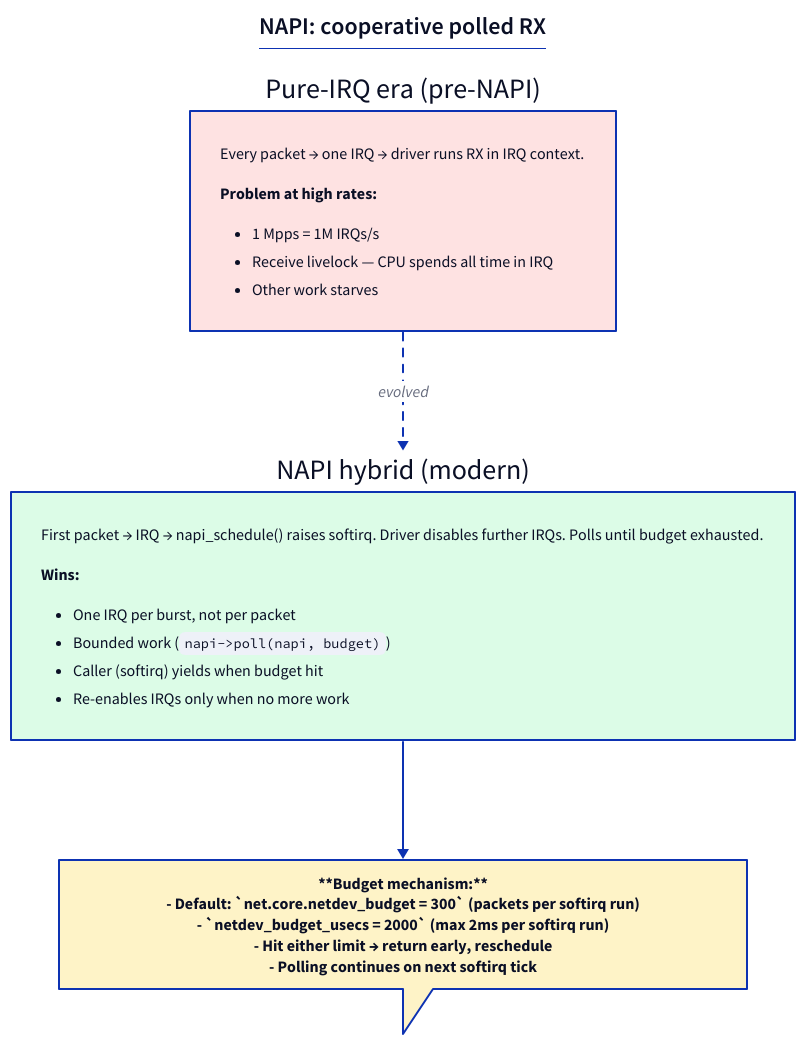
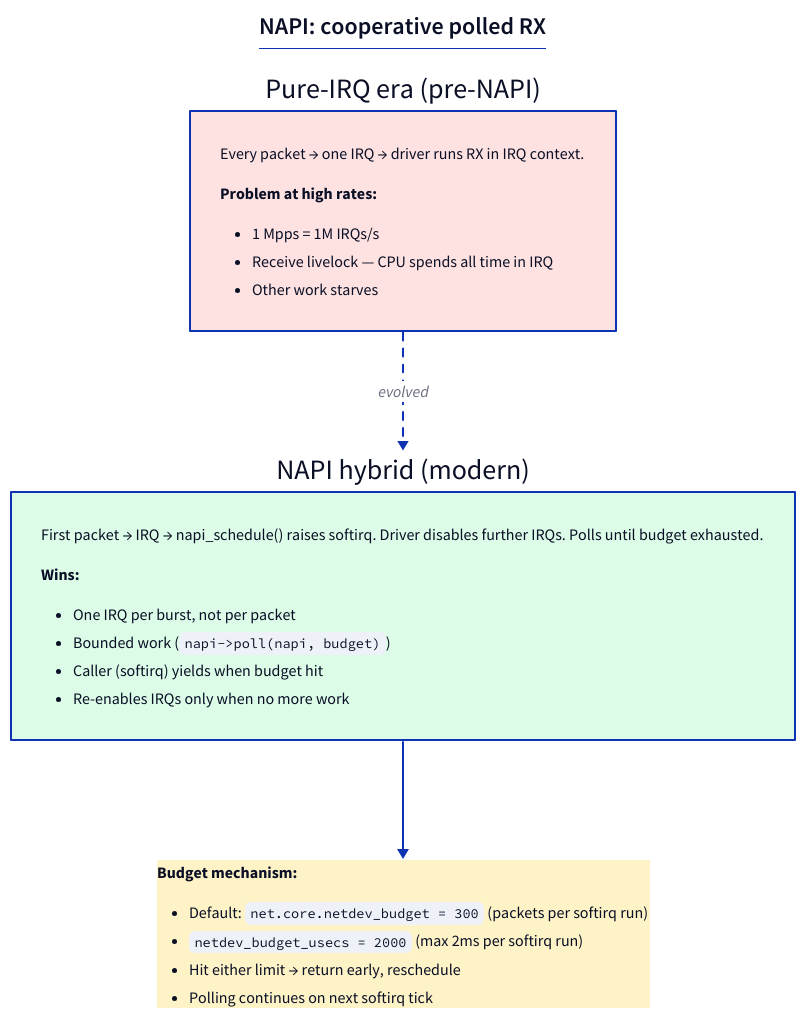
The diagram in linux-net/src/diagrams/src/day02_napi.d2 (biefy/books), drawn with D2 before and after one commit. The commit also changed 11 other files, not shown here.

```diff
--- a/linux-net/src/diagrams/src/day02_napi.d2
+++ b/linux-net/src/diagrams/src/day02_napi.d2
@@ -1,42 +1,42 @@
 direction: down
 
 title: |md
   ## NAPI: cooperative polled RX
 | {near: top-center; shape: text}
 
 before: "Pure-IRQ era (pre-NAPI)" {
   style.fill: "#fee2e2"
   b_body: |md
     Every packet → one IRQ → driver runs RX in IRQ context.
 
     **Problem at high rates:**
     - 1 Mpps = 1M IRQs/s
     - Receive livelock — CPU spends all time in IRQ
     - Other work starves
   |
 }
 
 napi: "NAPI hybrid (modern)" {
   style.fill: "#dcfce7"
   n_body: |md
     First packet → IRQ → napi_schedule() raises softirq.
     Driver disables further IRQs. Polls until budget exhausted.
 
     **Wins:**
     - One IRQ per burst, not per packet
     - Bounded work (`napi->poll(napi, budget)`)
     - Caller (softirq) yields when budget hit
     - Re-enables IRQs only when no more work
   |
 }
 
 budget: |md
   **Budget mechanism:**
   - Default: `net.core.netdev_budget = 300` (packets per softirq run)
   - `netdev_budget_usecs = 2000` (max 2ms per softirq run)
   - Hit either limit → return early, reschedule
   - Polling continues on next softirq tick
-| {shape: callout; style.fill: "#fef3c7"}
+| {style.fill: "#fef3c7"}
 
 before -> napi: "evolved" {style.stroke-dash: 4}
 napi -> budget
```
